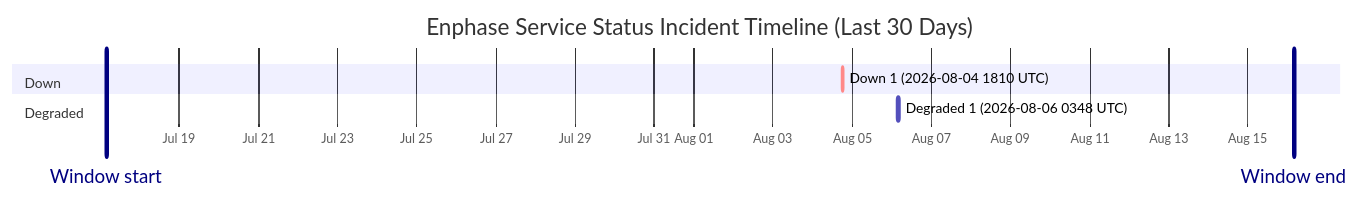
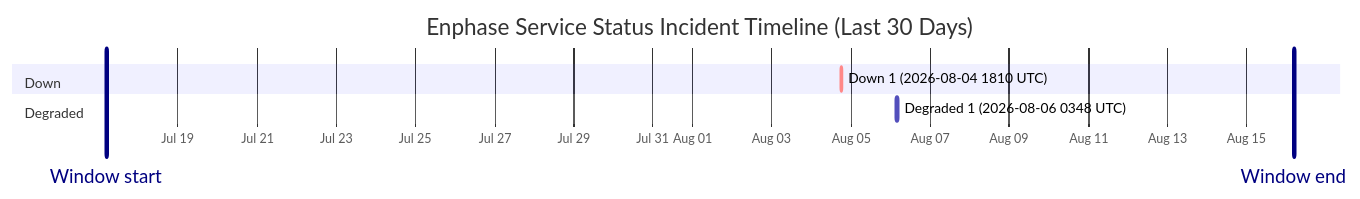
One commit to barneyonline/ha-enphase-energy changed the diagram in wiki/Service-Status-History.md. Above: the diagram before and after it, drawn with Mermaid. The commit also changed other lines of this file and 3 other files, not shown here.

````diff
--- a/wiki/Service-Status-History.md
+++ b/wiki/Service-Status-History.md
@@ -14,12 +14,12 @@
 ```mermaid
 gantt
     title Enphase Service Status Incident Timeline (Last 30 Days)
     dateFormat  YYYY-MM-DDTHH:mm:ss
     axisFormat  %b %d
-    Window start :vert, window-start, 2026-07-17T03:46:03, 0ms
-    Window end :vert, window-end, 2026-08-16T03:46:03, 0ms
+    Window start :vert, window-start, 2026-07-17T04:33:41, 0ms
+    Window end :vert, window-end, 2026-08-16T04:33:41, 0ms
     section Down
     Down 1 (2026-08-04 1810 UTC) :crit, down-1, 2026-08-04T18:10:46, 60m
     section Degraded
     Degraded 1 (2026-08-06 0348 UTC) :active, degraded-1, 2026-08-06T03:48:14, 60m
 ```
````
